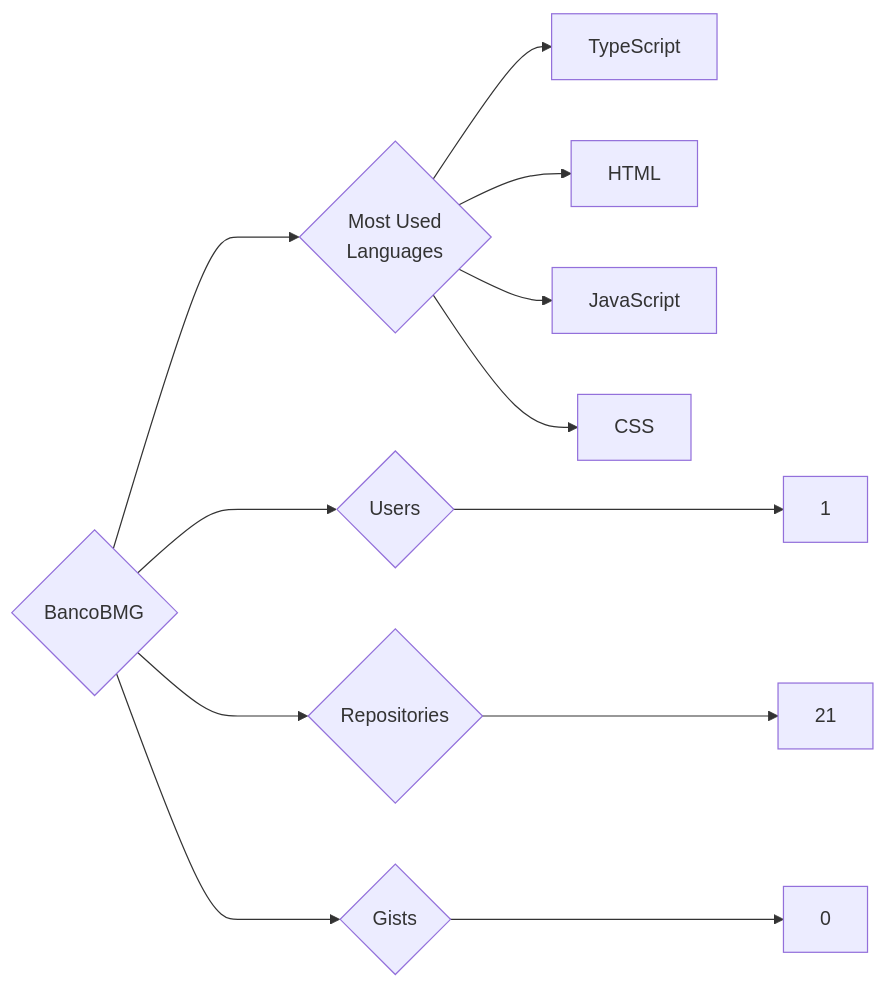
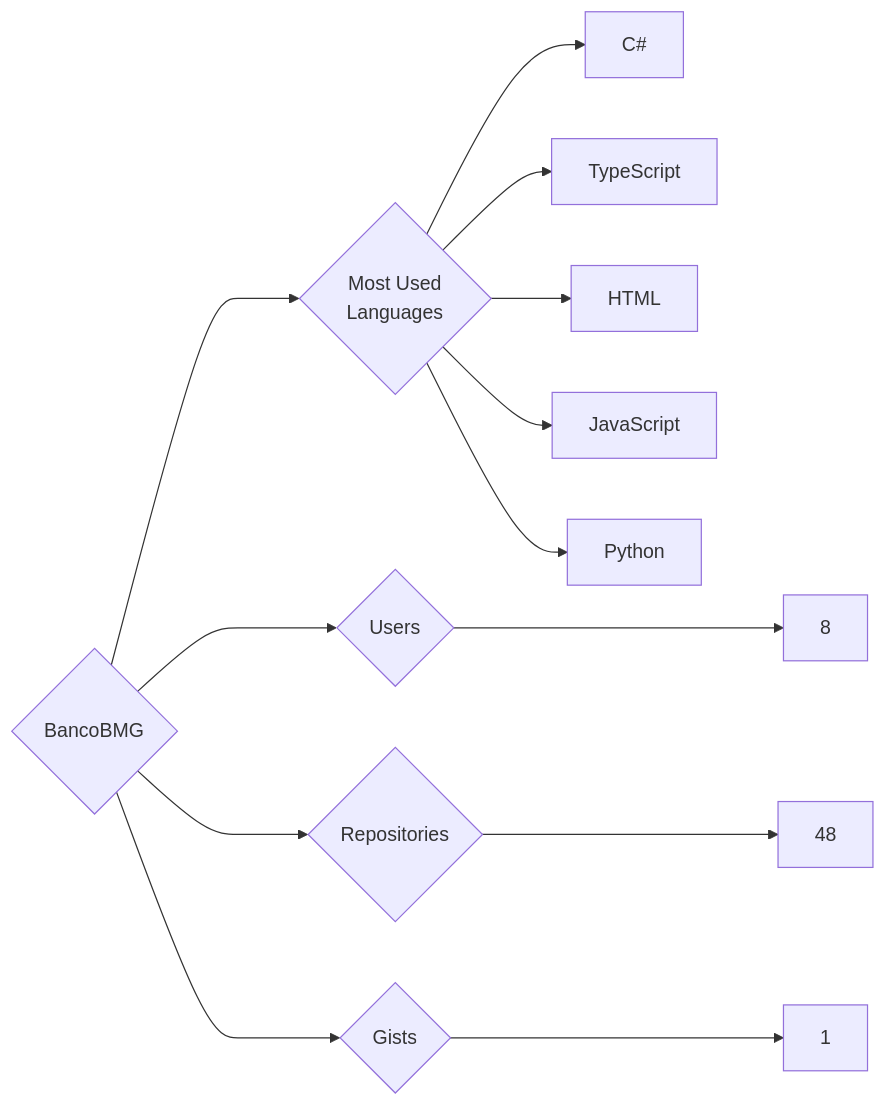
The diagram in targets/BancoBMG/README.md (trickest/insiders), drawn with Mermaid before and after one commit. The commit also changed 1314 other files, not shown here.

````diff
--- a/targets/BancoBMG/README.md
+++ b/targets/BancoBMG/README.md
@@ -3,12 +3,13 @@
 ```mermaid
 graph LR
 COMPANY_NAME{BancoBMG}
-COMPANY_NAME ---> U{Users} ---> UN[1]
-COMPANY_NAME ---> R{Repositories} ---> RN[21]
-COMPANY_NAME ---> G{Gists} ---> GN[0]
+COMPANY_NAME ---> U{Users} ---> UN[8]
+COMPANY_NAME ---> R{Repositories} ---> RN[48]
+COMPANY_NAME ---> G{Gists} ---> GN[1]
 COMPANY_NAME ---> ML{Most Used<br>Languages}
+ML --> C#[C#]
 ML --> TypeScript[TypeScript]
 ML --> HTML[HTML]
 ML --> JavaScript[JavaScript]
-ML --> CSS[CSS]
+ML --> Python[Python]
 ```
````
